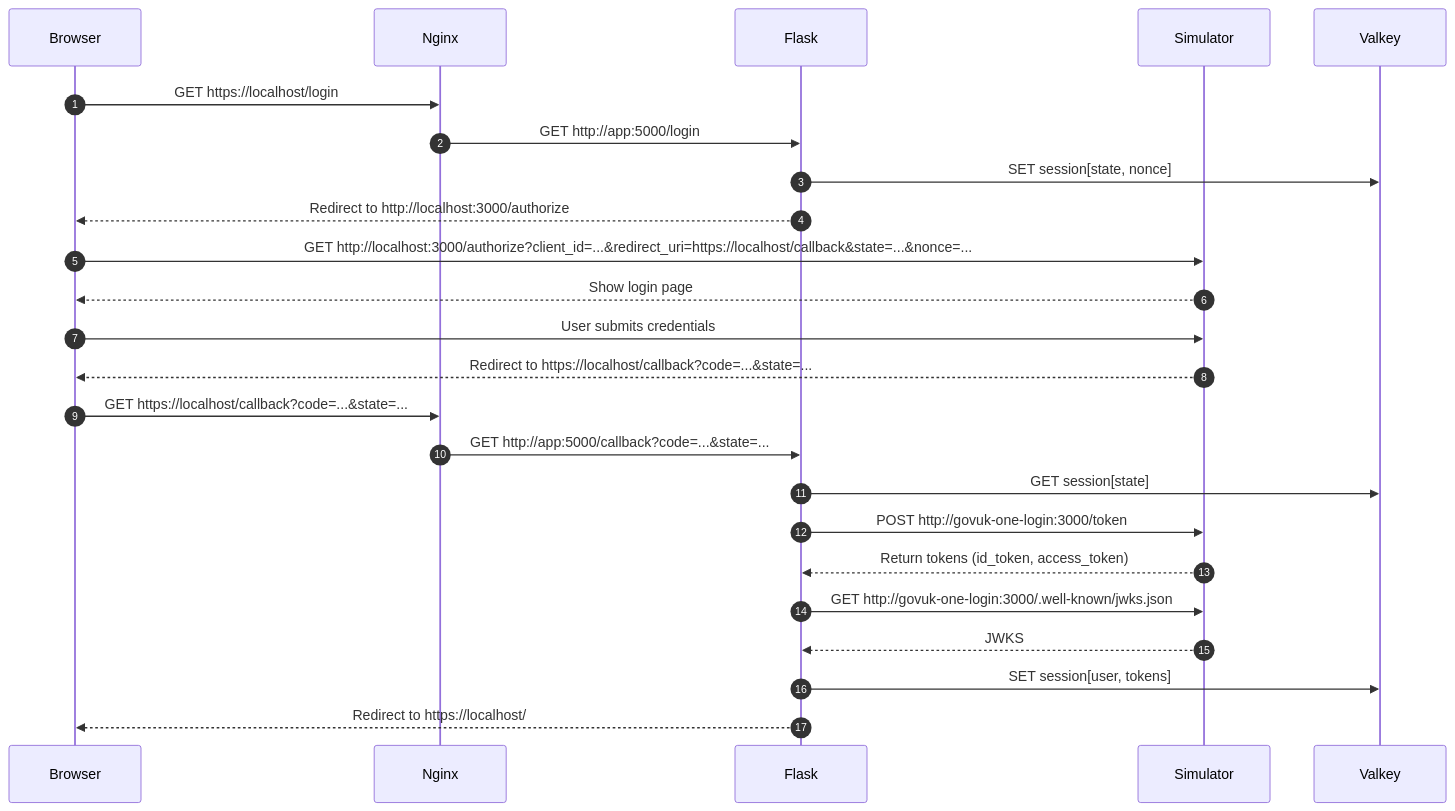
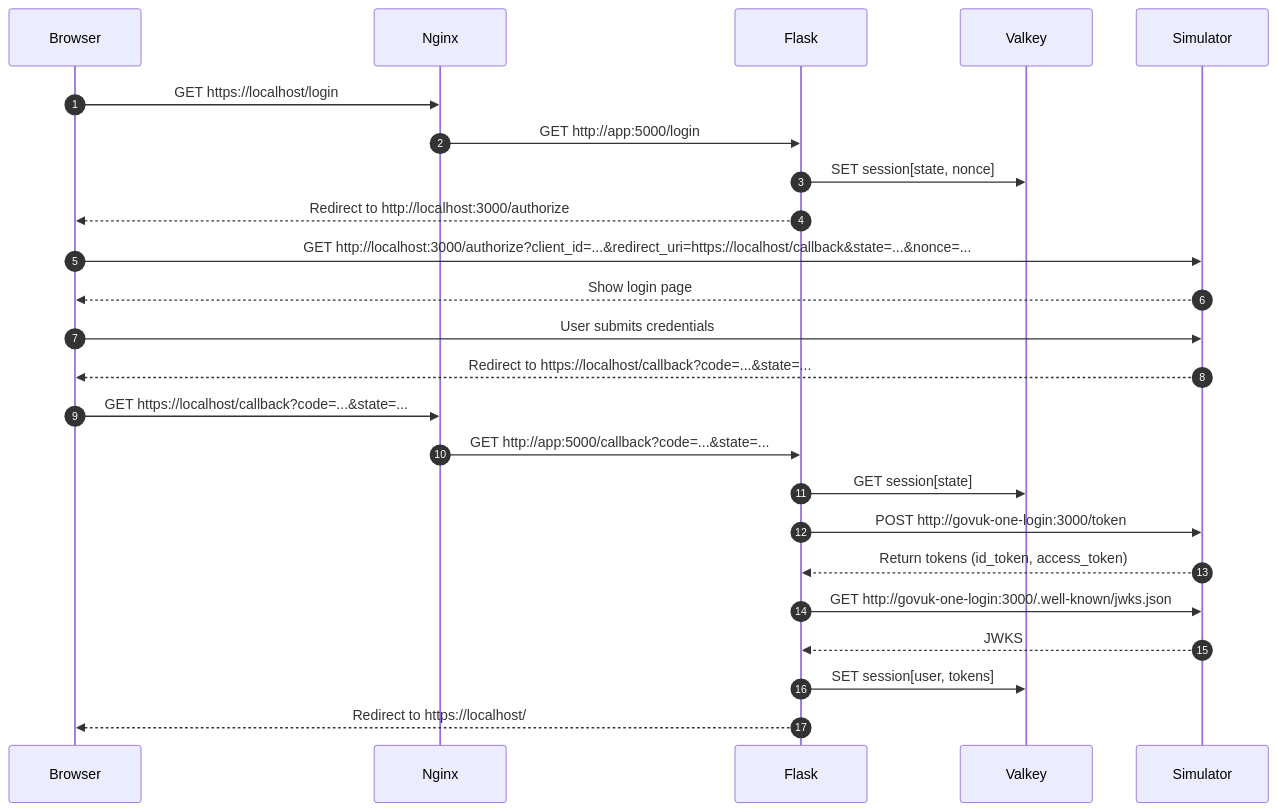
One commit to LandRegistry/govuk-frontend-flask changed the third of 4 diagrams in README.md. Above: the diagram before and after it, drawn with Mermaid. The commit also changed other lines of this file, not shown here.

````diff
--- a/README.md
+++ b/README.md
@@ -224,29 +224,29 @@
 ```mermaid
 sequenceDiagram
     autonumber
     participant Browser
     participant Web as Nginx
     participant App as Flask
+    participant Cache as Valkey
     participant Simulator
-    participant Cache as Valkey
 
     Browser->>Web: GET https://localhost/login
     Web->>App: GET http://app:5000/login
     App->>Cache: SET session[state, nonce]
     App-->>Browser: Redirect to http://localhost:3000/authorize
     
     Browser->>Simulator: GET http://localhost:3000/authorize?client_id=...&redirect_uri=https://localhost/callback&state=...&nonce=...
     Simulator-->>Browser: Show login page
     Browser->>Simulator: User submits credentials
     Simulator-->>Browser: Redirect to https://localhost/callback?code=...&state=...
     
     Browser->>Web: GET https://localhost/callback?code=...&state=...
     Web->>App: GET http://app:5000/callback?code=...&state=...
     App->>Cache: GET session[state]
     App->>Simulator: POST http://govuk-one-login:3000/token
     Simulator-->>App: Return tokens (id_token, access_token)
     App->>Simulator: GET http://govuk-one-login:3000/.well-known/jwks.json
     Simulator-->>App: JWKS
     App->>Cache: SET session[user, tokens]
     App-->>Browser: Redirect to https://localhost/
 ```
````
